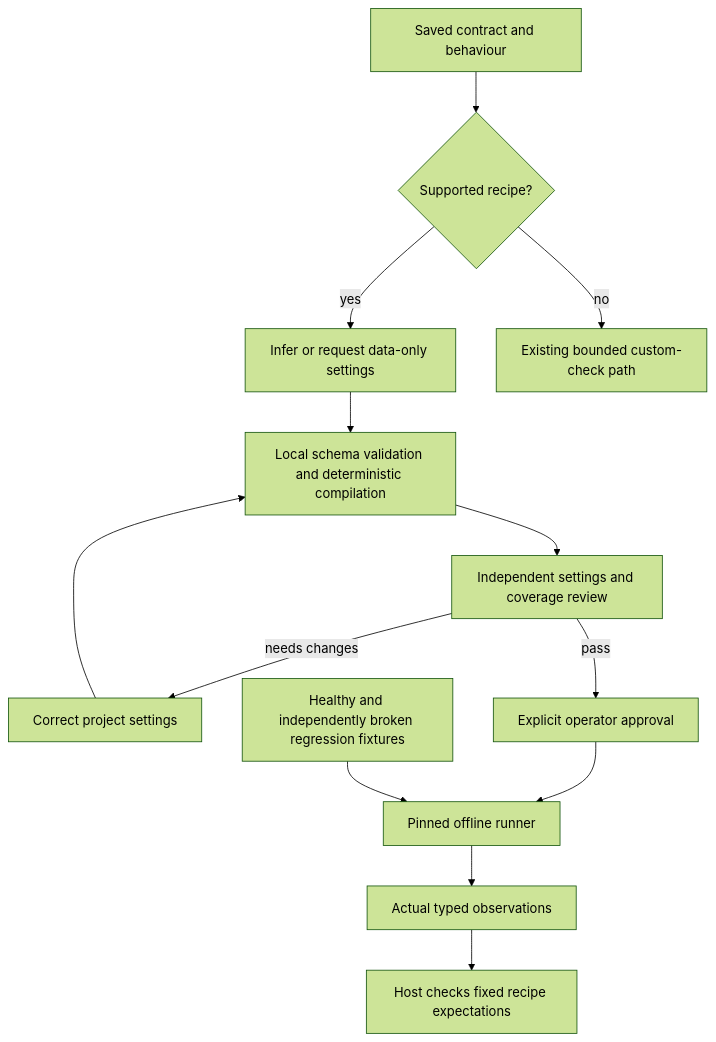
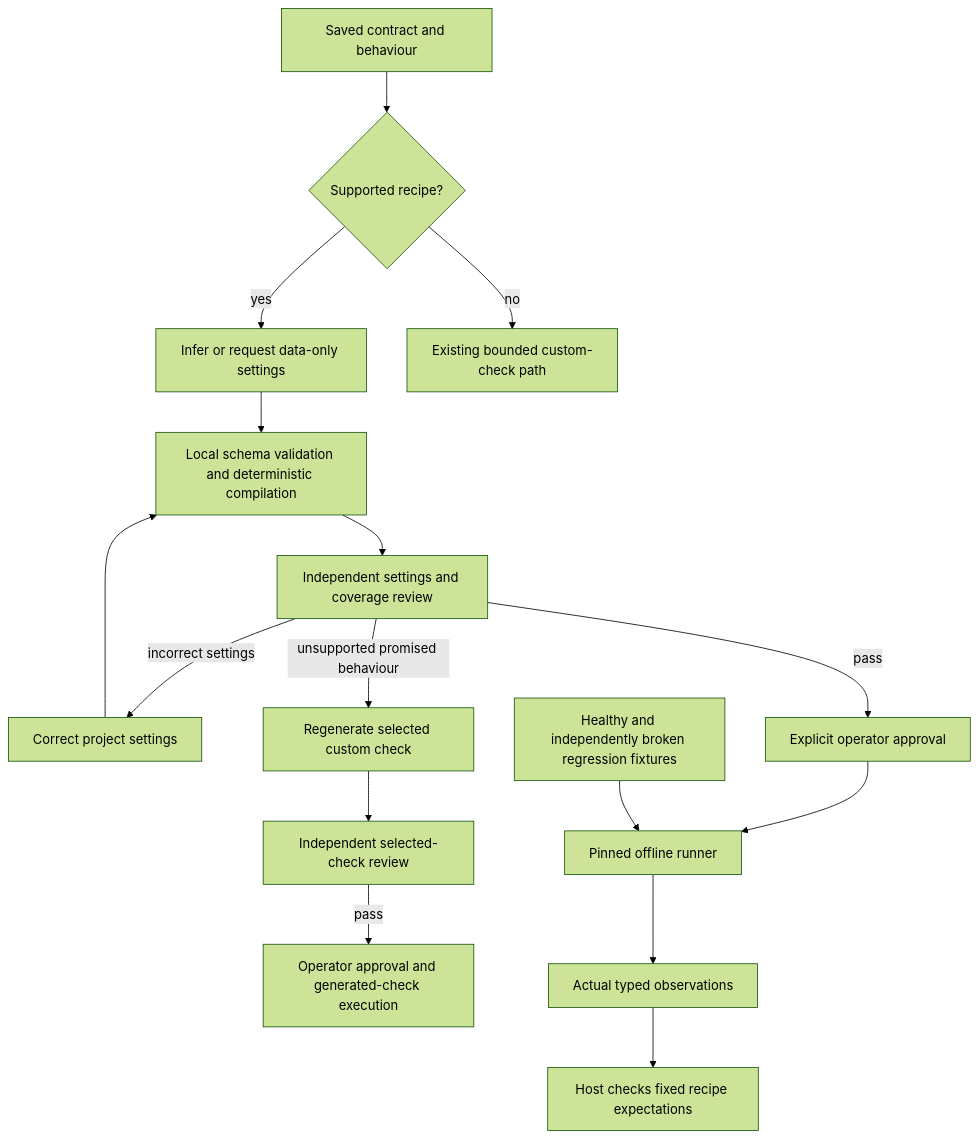
Before and after one commit to BleOdel/agent-harness: diagram 17 of 17 in ARCHITECTURE.md, drawn with Mermaid (forest theme). The commit also changed other lines of this file and 10 other files, not shown here.

````diff
--- a/ARCHITECTURE.md
+++ b/ARCHITECTURE.md
@@ -810,15 +810,18 @@
 ```mermaid
 flowchart TD
     Plan[Saved contract and behaviour] --> Match{Supported recipe?}
     Match -->|yes| Settings[Infer or request data-only settings]
     Settings --> Schema[Local schema validation and deterministic compilation]
     Schema --> Mapping[Independent settings and coverage review]
-    Mapping -->|needs changes| Edit[Correct project settings]
+    Mapping -->|incorrect settings| Edit[Correct project settings]
+    Mapping -->|unsupported promised behaviour| Regenerate[Regenerate selected custom check]
+    Regenerate --> CustomReview[Independent selected-check review]
+    CustomReview -->|pass| CustomApproval[Operator approval and generated-check execution]
     Edit --> Schema
     Mapping -->|pass| Approve[Explicit operator approval]
     Approve --> Run[Pinned offline runner]
     Run --> Observe[Actual typed observations]
     Observe --> Host[Host checks fixed recipe expectations]
     Fixtures[Healthy and independently broken regression fixtures] --> Run
     Match -->|no| Custom[Existing bounded custom-check path]
 ```
````
